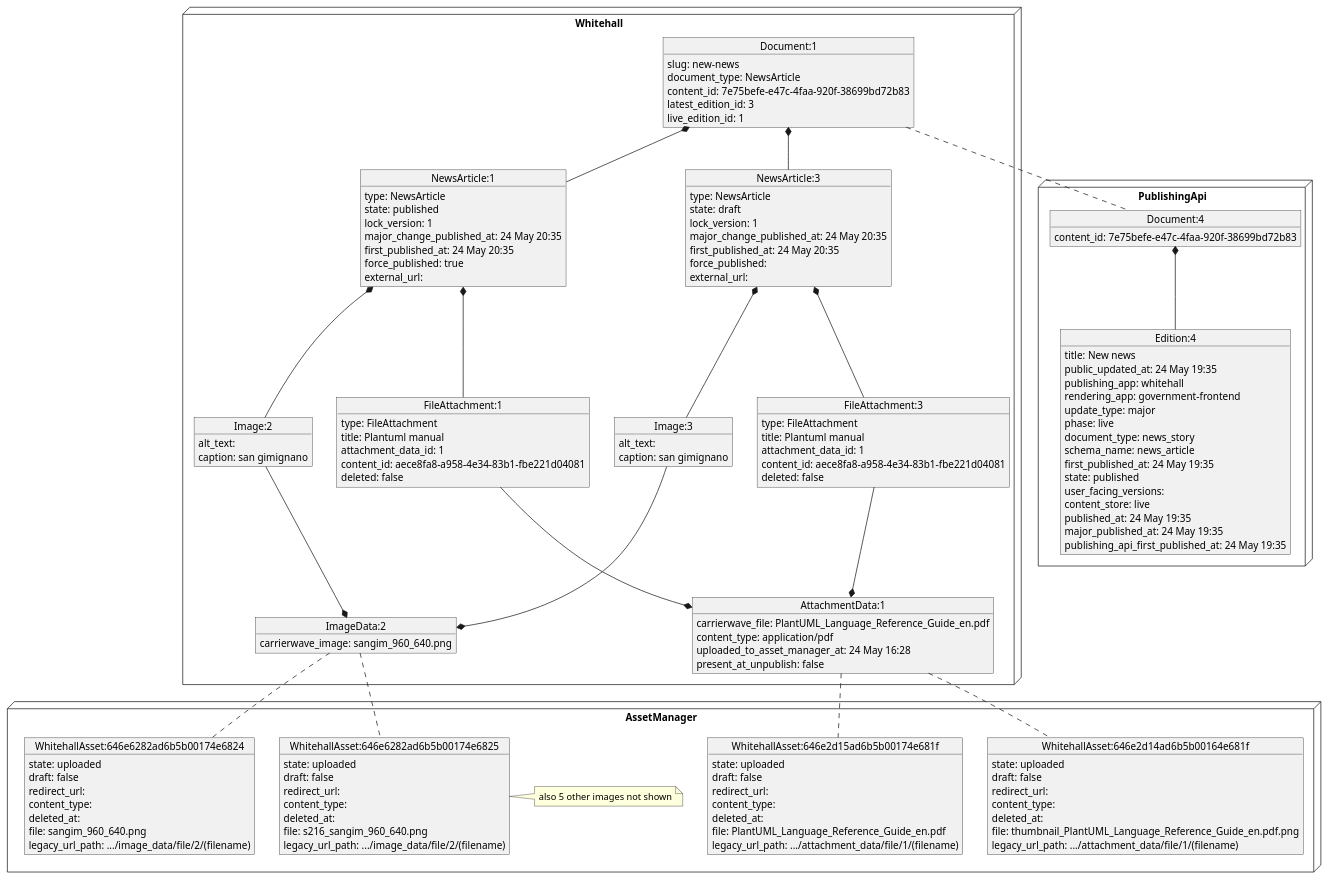
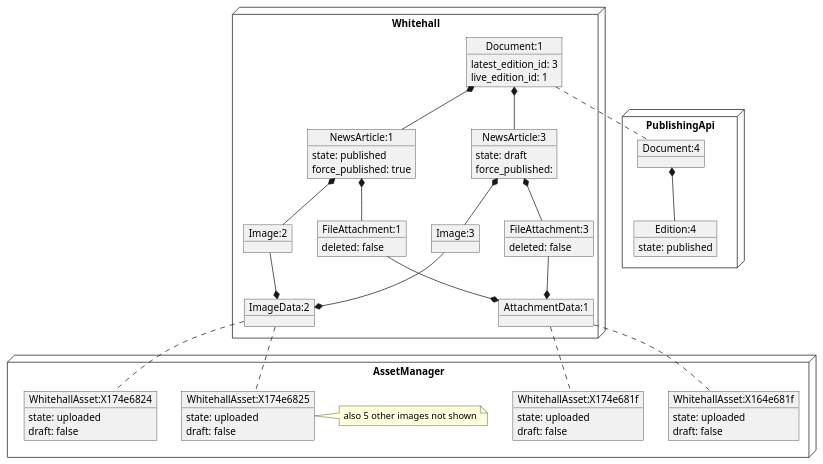
One commit to alphagov/whitehall changed the diagram in docs/diagrams/asset_management/asset_scenarios/superceding/8_new_draft.puml. Above: the diagram before and after it, drawn with PlantUML. The commit also changed 32 other files, not shown here.

First line of the commit message:
Added markdown and plantuml docs for asset state change scenarios

```diff
--- a/docs/diagrams/asset_management/asset_scenarios/superceding/8_new_draft.puml
+++ b/docs/diagrams/asset_management/asset_scenarios/superceding/8_new_draft.puml
@@ -1,147 +1,82 @@
 @startuml
 node Whitehall {
 object "Document:1" as Document_1 {
-  slug: new-news
-  document_type: NewsArticle
-  content_id: 7e75befe-e47c-4faa-920f-38699bd72b83
   latest_edition_id: 3
   live_edition_id: 1
 }
 together {
 object "NewsArticle:1" as NewsArticle_1 {
-  type: NewsArticle
   state: published
-  lock_version: 1
-  major_change_published_at: 24 May 20:35
-  first_published_at: 24 May 20:35
   force_published: true
-  external_url:
 }
 Document_1 *-- NewsArticle_1
 object "FileAttachment:1" as FileAttachment_1 {
-  type: FileAttachment
-  title: Plantuml manual
-  attachment_data_id: 1
-  content_id: aece8fa8-a958-4e34-83b1-fbe221d04081
   deleted: false
 }
 NewsArticle_1 *-- FileAttachment_1
 object "Image:2" as Image_2 {
-  alt_text:
-  caption: san gimignano
 }
 NewsArticle_1 *-- Image_2
 }
 together {
 object "NewsArticle:3" as NewsArticle_3 {
-  type: NewsArticle
   state: draft
-  lock_version: 1
-  major_change_published_at: 24 May 20:35
-  first_published_at: 24 May 20:35
   force_published:
-  external_url:
 }
 Document_1 *-- NewsArticle_3
 object "FileAttachment:3" as FileAttachment_3 {
-  type: FileAttachment
-  title: Plantuml manual
-  attachment_data_id: 1
-  content_id: aece8fa8-a958-4e34-83b1-fbe221d04081
   deleted: false
 }
 NewsArticle_3 *-- FileAttachment_3
 object "Image:3" as Image_3 {
-  alt_text:
-  caption: san gimignano
 }
 NewsArticle_3 *-- Image_3
 }
 object "AttachmentData:1" as AttachmentData_1 {
-  carrierwave_file: PlantUML_Language_Reference_Guide_en.pdf
-  content_type: application/pdf
-  uploaded_to_asset_manager_at: 24 May 16:28
-  present_at_unpublish: false
 }
 AttachmentData_1 *-u- FileAttachment_1
 AttachmentData_1 *-u- FileAttachment_3
 object "ImageData:2" as ImageData_2 {
-  carrierwave_image: sangim_960_640.png
 }
 ImageData_2 *-u- Image_2
 ImageData_2 *-u- Image_3
 }
 node PublishingApi {
 object "Document:4" as pubapi_Document_4 {
-  content_id: 7e75befe-e47c-4faa-920f-38699bd72b83
 }
 object "Edition:4" as pubapi_Edition_4 {
-  title: New news
-  public_updated_at: 24 May 19:35
-  publishing_app: whitehall
-  rendering_app: government-frontend
-  update_type: major
-  phase: live
-  document_type: news_story
-  schema_name: news_article
-  first_published_at: 24 May 19:35
   state: published
-  user_facing_versions:
-  content_store: live
-  published_at: 24 May 19:35
-  major_published_at: 24 May 19:35
-  publishing_api_first_published_at: 24 May 19:35
 }
 pubapi_Document_4 *-- pubapi_Edition_4
 }
 node AssetManager {
 together {
-object "WhitehallAsset:646e2d14ad6b5b00164e681f" as am_WhitehallAsset_646e2d14ad6b5b00164e681f {
+object "WhitehallAsset:X164e681f" as am_WhitehallAsset_X164e681f {
   state: uploaded
   draft: false
-  redirect_url:
-  content_type:
-  deleted_at:
-  file: thumbnail_PlantUML_Language_Reference_Guide_en.pdf.png
-  legacy_url_path: .../attachment_data/file/1/(filename)
 }
-object "WhitehallAsset:646e2d15ad6b5b00174e681f" as am_WhitehallAsset_646e2d15ad6b5b00174e681f {
+object "WhitehallAsset:X174e681f" as am_WhitehallAsset_X174e681f {
   state: uploaded
   draft: false
-  redirect_url:
-  content_type:
-  deleted_at:
-  file: PlantUML_Language_Reference_Guide_en.pdf
-  legacy_url_path: .../attachment_data/file/1/(filename)
 }
 }
 together {
-object "WhitehallAsset:646e6282ad6b5b00174e6824" as am_WhitehallAsset_646e6282ad6b5b00174e6824 {
+object "WhitehallAsset:X174e6824" as am_WhitehallAsset_X174e6824 {
   state: uploaded
   draft: false
-  redirect_url:
-  content_type:
-  deleted_at:
-  file: sangim_960_640.png
-  legacy_url_path: .../image_data/file/2/(filename)
 }
-object "WhitehallAsset:646e6282ad6b5b00174e6825" as am_WhitehallAsset_646e6282ad6b5b00174e6825 {
+object "WhitehallAsset:X174e6825" as am_WhitehallAsset_X174e6825 {
   state: uploaded
   draft: false
-  redirect_url:
-  content_type:
-  deleted_at:
-  file: s216_sangim_960_640.png
-  legacy_url_path: .../image_data/file/2/(filename)
 }
 note right
  also 5 other images not shown
 end note
 }
 }
 Document_1 .. pubapi_Document_4
-AttachmentData_1 .. am_WhitehallAsset_646e2d14ad6b5b00164e681f
-AttachmentData_1 .. am_WhitehallAsset_646e2d15ad6b5b00174e681f
-ImageData_2 .. am_WhitehallAsset_646e6282ad6b5b00174e6824
-ImageData_2 .. am_WhitehallAsset_646e6282ad6b5b00174e6825
+AttachmentData_1 .. am_WhitehallAsset_X164e681f
+AttachmentData_1 .. am_WhitehallAsset_X174e681f
+ImageData_2 .. am_WhitehallAsset_X174e6824
+ImageData_2 .. am_WhitehallAsset_X174e6825
 @enduml
```
